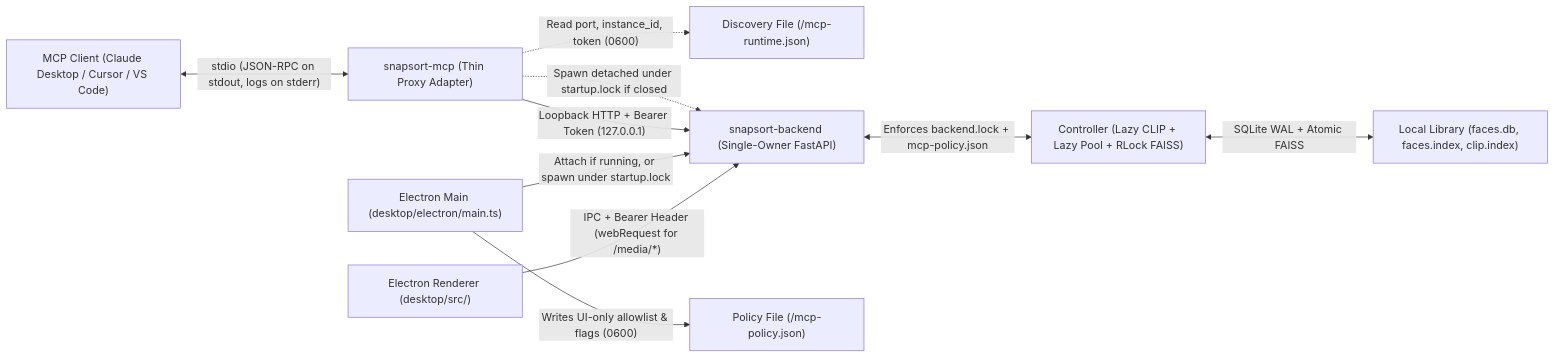
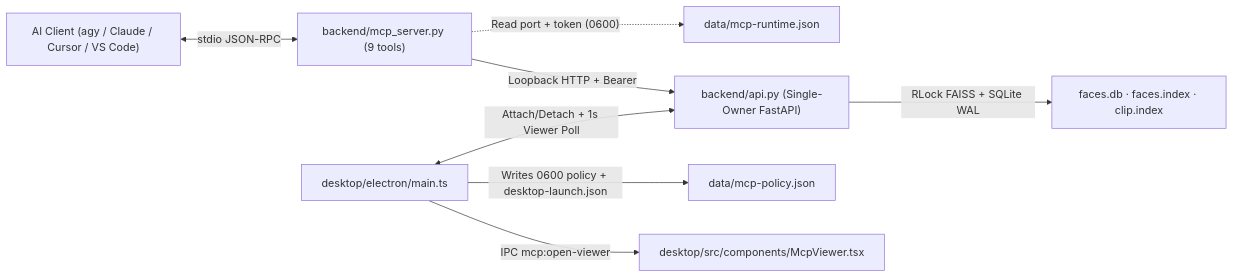
The diagram in docs/mcp-support.md (ASK-03/SnapSort), drawn with Mermaid before and after one commit. The commit also changed other lines of this file, not shown here.

Commit message:
docs(mcp): streamline mcp-support.md into concise architecture and reference guide

````diff
--- a/docs/mcp-support.md
+++ b/docs/mcp-support.md
@@ -41,12 +45,10 @@
 ```mermaid
 flowchart LR
-  Client["MCP Client (Claude Desktop / Cursor / VS Code)"] <-->|"stdio (JSON-RPC on stdout, logs on stderr)"| Adapter["snapsort-mcp (Thin Proxy Adapter)"]
-  Adapter -.->|"Read port, instance_id, token (0600)"| Discovery["Discovery File (<data_dir>/mcp-runtime.json)"]
-  Adapter -.->|"Spawn detached under startup.lock if closed"| Backend["snapsort-backend (Single-Owner FastAPI)"]
-  Adapter -->|"Loopback HTTP + Bearer Token (127.0.0.1)"| Backend
-  ElectronMain["Electron Main (desktop/electron/main.ts)"] -->|"Writes UI-only allowlist & flags (0600)"| Policy["Policy File (<data_dir>/mcp-policy.json)"]
-  ElectronMain -->|"Attach if running, or spawn under startup.lock"| Backend
-  ElectronUI["Electron Renderer (desktop/src/)"] -->|"IPC + Bearer Header (webRequest for /media/*)"| Backend
-  Backend <-->|"Enforces backend.lock + mcp-policy.json"| Controller["Controller (Lazy CLIP + Lazy Pool + RLock FAISS)"]
-  Controller <-->|"SQLite WAL + Atomic FAISS"| Storage["Local Library (faces.db, faces.index, clip.index)"]
+  Client["AI Client (agy / Claude / Cursor / VS Code)"] <-->|"stdio JSON-RPC"| Proxy["backend/mcp_server.py (9 tools)"]
+  Proxy -.->|"Read port + token (0600)"| Runtime["data/mcp-runtime.json"]
+  Proxy -->|"Loopback HTTP + Bearer"| API["backend/api.py (Single-Owner FastAPI)"]
+  Electron["desktop/electron/main.ts"] -->|"Writes 0600 policy + desktop-launch.json"| Policy["data/mcp-policy.json"]
+  Electron <-->|"Attach/Detach + 1s Viewer Poll"| API
+  Electron -->|"IPC mcp:open-viewer"| Viewer["desktop/src/components/McpViewer.tsx"]
+  API -->|"RLock FAISS + SQLite WAL"| Store["faces.db · faces.index · clip.index"]
 ```
````
